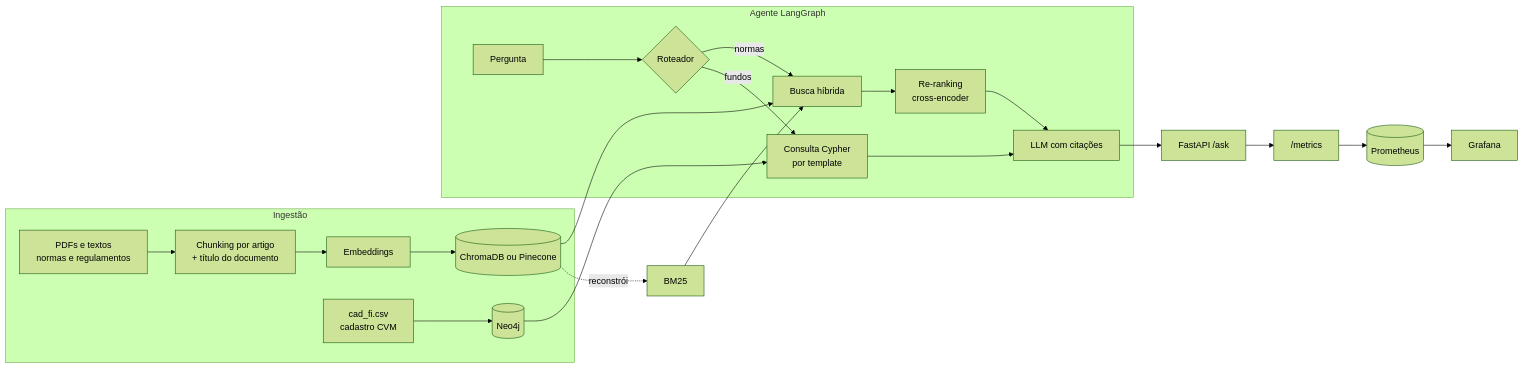
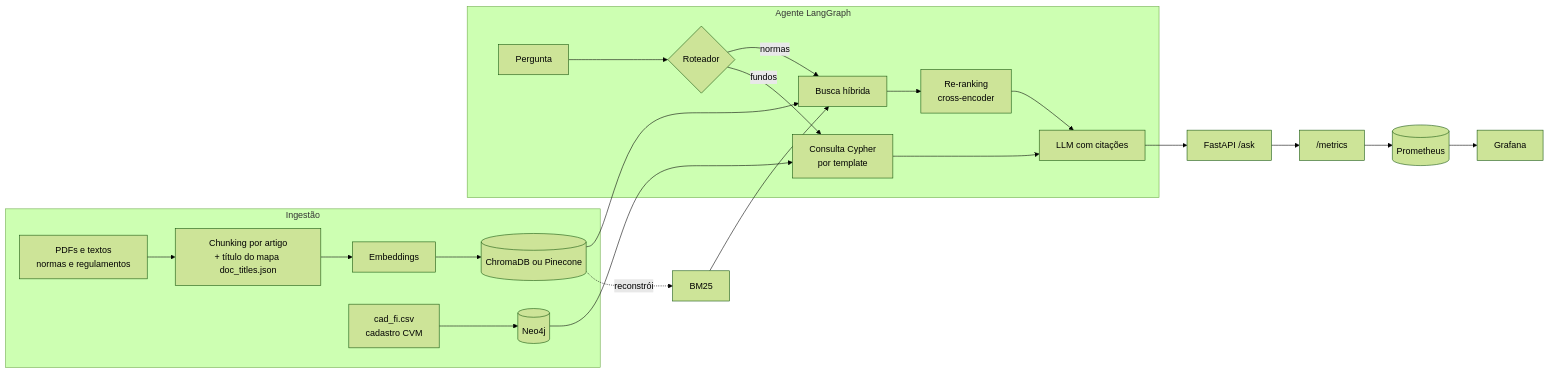
Before and after one commit to AbnerRidigolo/finrag-cvm: the diagram in README.md, drawn with Mermaid (forest theme). The commit also changed other lines of this file and 7 other files, not shown here.

````diff
--- a/README.md
+++ b/README.md
@@ -13,25 +13,25 @@
 ```mermaid
 flowchart LR
     subgraph Ingestão
-        D[PDFs e textos<br/>normas e regulamentos] --> C[Chunking por artigo<br/>+ título do documento]
+        D[PDFs e textos<br/>normas e regulamentos] --> C[Chunking por artigo<br/>+ título do mapa doc_titles.json]
         C --> E[Embeddings]
         E --> V[(ChromaDB ou Pinecone)]
         CSV[cad_fi.csv<br/>cadastro CVM] --> G[(Neo4j)]
     end
 
     subgraph Agente LangGraph
         Q[Pergunta] --> R{Roteador}
         R -- normas --> H[Busca híbrida]
         R -- fundos --> T[Consulta Cypher<br/>por template]
         H --> RR[Re-ranking<br/>cross-encoder]
         RR --> L[LLM com citações]
         T --> L
     end
 
     V --> H
     V -. reconstrói .-> B[BM25]
     B --> H
     G --> T
     L --> API[FastAPI /ask]
     API --> M["/metrics"] --> P[(Prometheus)] --> GF[Grafana]
 ```
````
